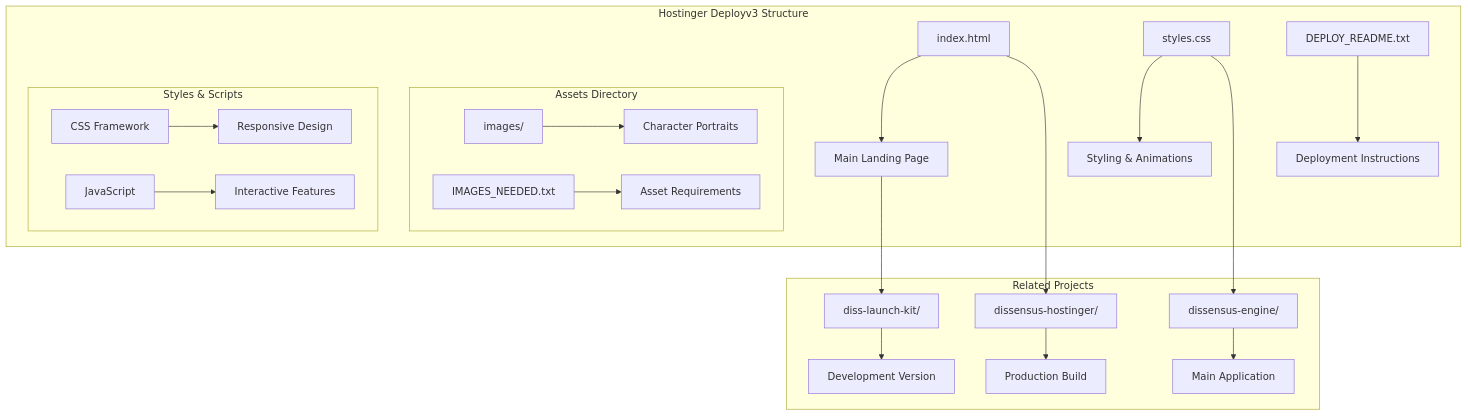
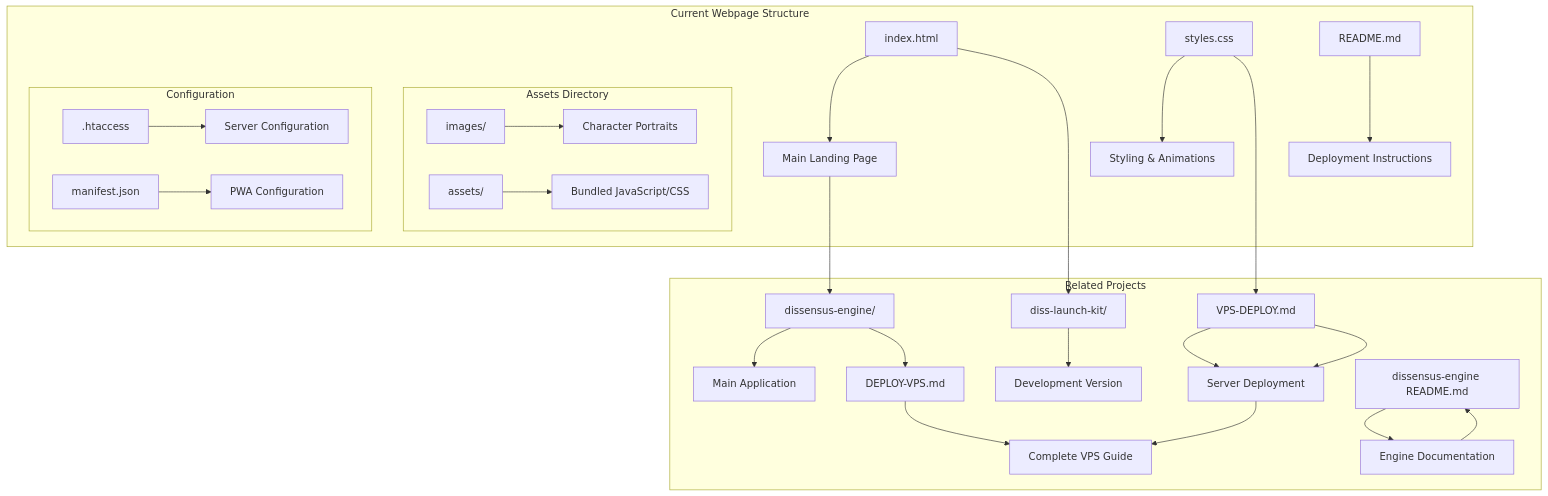
Before and after one commit to RunTimeAdmin/tri-ai: the first of 7 diagrams in .qoder/repowiki/en/content/Hostinger Deployv3.md, drawn with Mermaid. The commit also changed other lines of this file and 21 other files, not shown here.

````diff
--- a/.qoder/repowiki/en/content/Hostinger Deployv3.md
+++ b/.qoder/repowiki/en/content/Hostinger Deployv3.md
@@ -39,24 +50,30 @@
 ```mermaid
 graph TB
-subgraph "Hostinger Deployv3 Structure"
+subgraph "Current Webpage Structure"
 A[index.html] --> B[Main Landing Page]
 C[styles.css] --> D[Styling & Animations]
-E[DEPLOY_README.txt] --> F[Deployment Instructions]
+E[README.md] --> F[Deployment Instructions]
 subgraph "Assets Directory"
 G[images/] --> H[Character Portraits]
-I[IMAGES_NEEDED.txt] --> J[Asset Requirements]
+I[assets/] --> J[Bundled JavaScript/CSS]
 end
-subgraph "Styles & Scripts"
-K[CSS Framework] --> L[Responsive Design]
-M[JavaScript] --> N[Interactive Features]
+subgraph "Configuration"
+K[.htaccess] --> L[Server Configuration]
+M[manifest.json] --> N[PWA Configuration]
 end
 end
 subgraph "Related Projects"
-O[dissensus-hostinger/] --> P[Production Build]
-Q[diss-launch-kit/] --> R[Development Version]
-S[dissensus-engine/] --> T[Main Application]
+O[diss-launch-kit/] --> P[Development Version]
+Q[dissensus-engine/] --> R[Main Application]
+S[VPS-DEPLOY.md] --> T[Server Deployment]
+U[DEPLOY-VPS.md] --> V[Complete VPS Guide]
+W[dissensus-engine README.md] --> X[Engine Documentation]
 end
 A --> O
 B --> Q
 C --> S
+Q --> U
+S --> T
+T --> V
+X --> W
 ```
````
